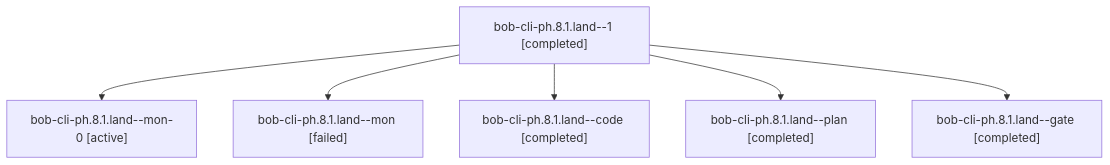
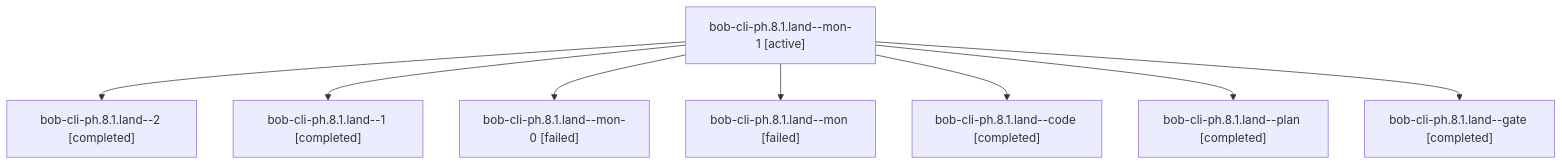
Before and after one commit to bobs-org/bob-cli--agents: the diagram in sessions/bbugyi200.apollo.bob-cli-ph.8.1.land.md, drawn with Mermaid. The commit also changed other lines of this file and 190 other files, not shown here.

````diff
--- a/sessions/bbugyi200.apollo.bob-cli-ph.8.1.land.md
+++ b/sessions/bbugyi200.apollo.bob-cli-ph.8.1.land.md
@@ -9,14 +9,18 @@
 ```mermaid
 flowchart TD
-  n0["bob-cli-ph.8.1.land--1 [completed]"]
-  n1["bob-cli-ph.8.1.land--mon-0 [active]"]
+  n0["bob-cli-ph.8.1.land--mon-1 [active]"]
+  n1["bob-cli-ph.8.1.land--2 [completed]"]
   n0 --> n1
-  n2["bob-cli-ph.8.1.land--mon [failed]"]
+  n2["bob-cli-ph.8.1.land--1 [completed]"]
   n0 --> n2
-  n3["bob-cli-ph.8.1.land--code [completed]"]
+  n3["bob-cli-ph.8.1.land--mon-0 [failed]"]
   n0 --> n3
-  n4["bob-cli-ph.8.1.land--plan [completed]"]
+  n4["bob-cli-ph.8.1.land--mon [failed]"]
   n0 --> n4
-  n5["bob-cli-ph.8.1.land--gate [completed]"]
+  n5["bob-cli-ph.8.1.land--code [completed]"]
   n0 --> n5
+  n6["bob-cli-ph.8.1.land--plan [completed]"]
+  n0 --> n6
+  n7["bob-cli-ph.8.1.land--gate [completed]"]
+  n0 --> n7
 ```
````
